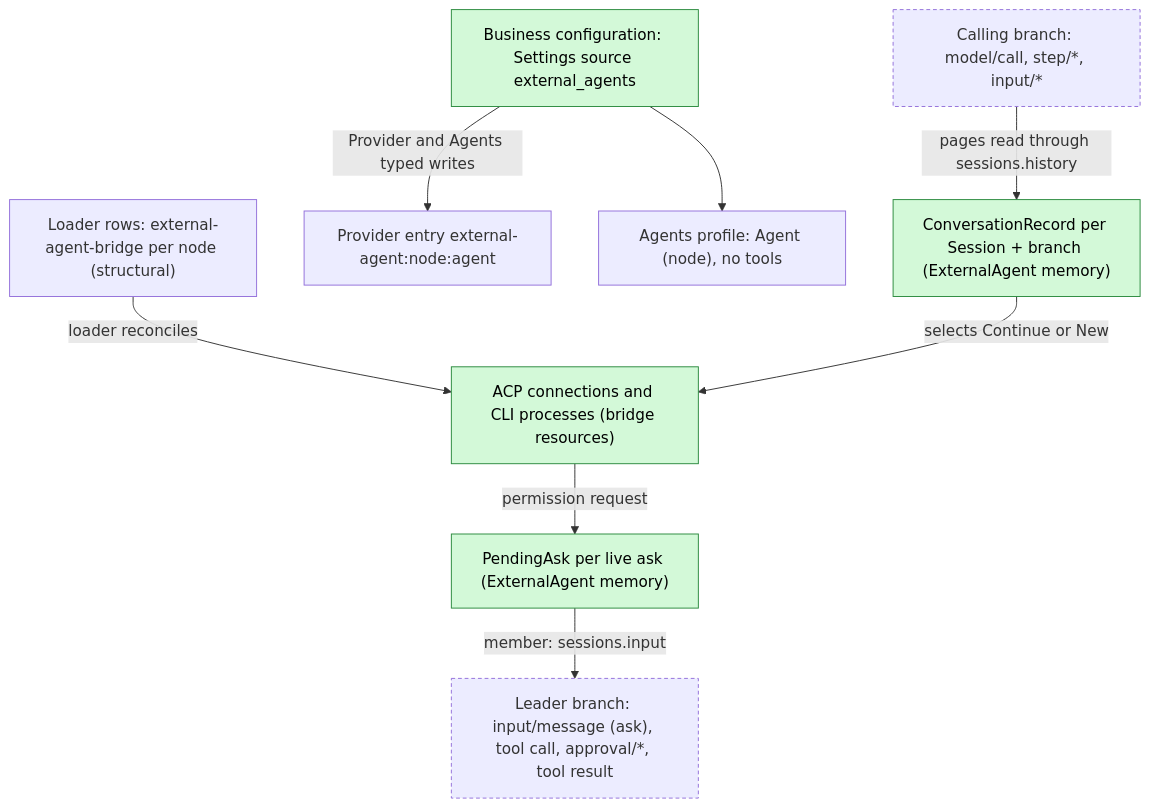
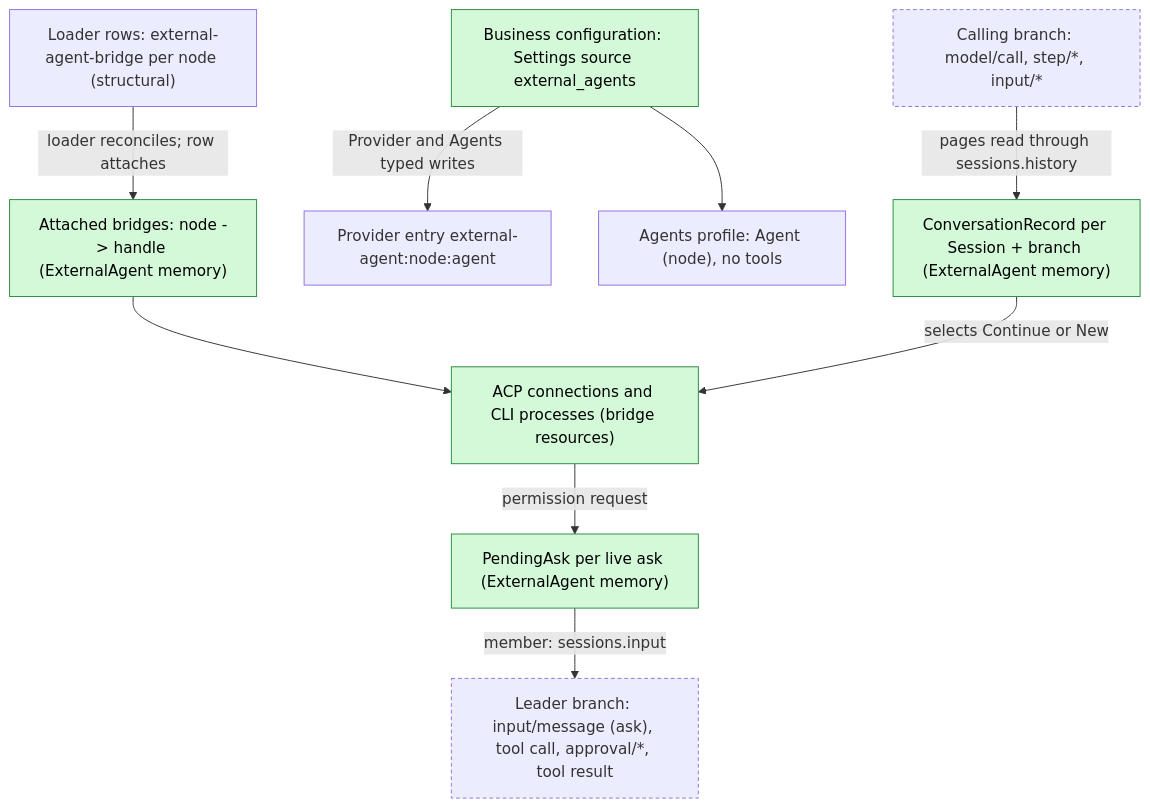
One commit to CoutinhoTTS/dim-agent changed the second of 5 diagrams in docs/design/plugins/ExternalAgent.md. Above: the diagram before and after it, drawn with Mermaid. The commit also changed other lines of this file and 7 other files, not shown here.

First line of the commit message:
docs(external-agent): bring ExternalAgent design to a Ready candidate

````diff
--- a/docs/design/plugins/ExternalAgent.md
+++ b/docs/design/plugins/ExternalAgent.md
@@ -105,21 +118,23 @@
 ```mermaid
 flowchart TB
   classDef new fill:#d3f9d8,stroke:#2b8a3e,color:#000
   classDef contract stroke-dasharray:4 3
   Cfg["Business configuration: Settings source external_agents"]:::new
   Rows["Loader rows: external-agent-bridge per node (structural)"]
+  Att["Attached bridges: node -> handle (ExternalAgent memory)"]:::new
   Conn["Provider entry external-agent:node:agent"]
   Prof["Agents profile: Agent (node), no tools"]
   Rec["ConversationRecord per Session + branch (ExternalAgent memory)"]:::new
   Ask["PendingAsk per live ask (ExternalAgent memory)"]:::new
   Live["ACP connections and CLI processes (bridge resources)"]:::new
   TL["Calling branch: model/call, step/*, input/*"]:::contract
   LTL["Leader branch: input/message (ask), tool call, approval/*, tool result"]:::contract
   Cfg -->|"Provider and Agents typed writes"| Conn
   Cfg --> Prof
-  Rows -->|"loader reconciles"| Live
+  Rows -->|"loader reconciles; row attaches"| Att
+  Att --> Live
   TL -->|"pages read through sessions.history"| Rec
   Rec -->|"selects Continue or New"| Live
   Live -->|"permission request"| Ask
   Ask -->|"member: sessions.input"| LTL
 ```
````
